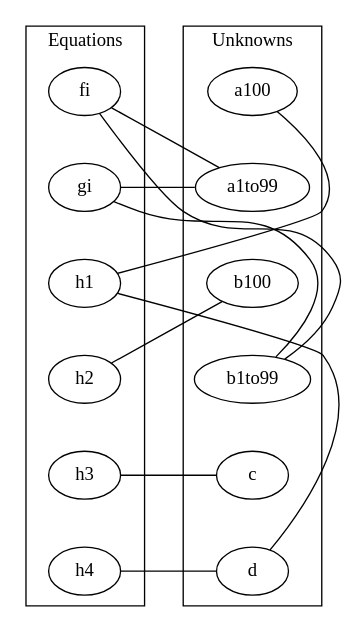
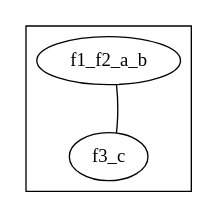
One commit to emanuel18/modelica changed the diagram in bg.dot. Above: the diagram before and after it, drawn with Graphviz. The commit also changed 14 other files, not shown here.

```diff
--- a/bg.dot
+++ b/bg.dot
@@ -1,22 +1,9 @@
 graph G{   
         subgraph cluster0{
-        label = "Equations"; 
+        label = ""; 
         edge [style=invis];
-        fi -- gi -- h1 -- h2 -- h3 -- h4;
-        }
-        subgraph cluster1{
-        label = "Unknowns";
-        edge [style=invis];
-        a100 -- a1to99 -- b100 -- b1to99 -- c -- d;
+        f1_f2_a_b -- f3_c;
         }
         edge [constraint=false];
-        a1to99 -- gi;
-        fi -- b1to99;
-        h1 -- d;
-        h2 -- b100;
-        d -- h4;
-        h3 -- c;
-        h1 -- a100;
-        gi -- b1to99;
-        a1to99 -- fi;
+        f1_f2_a_b -- f3_c;
 }
```
